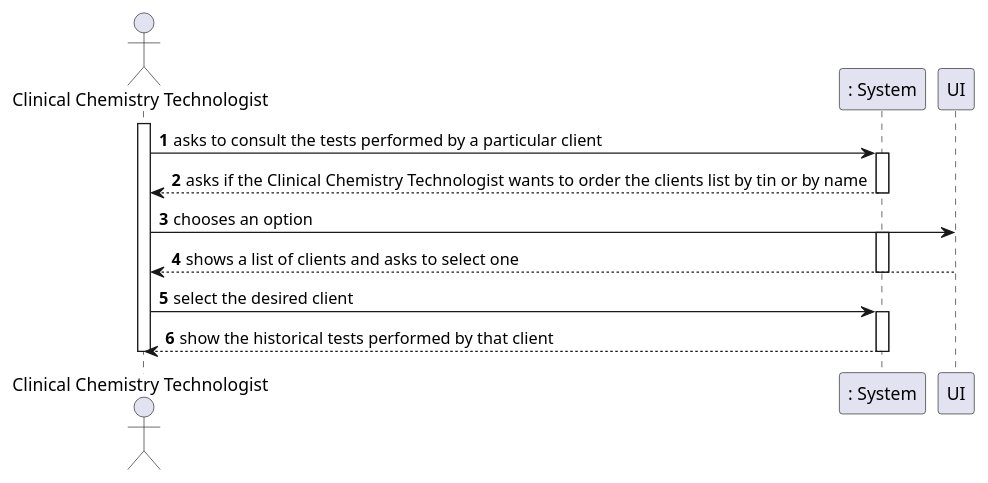
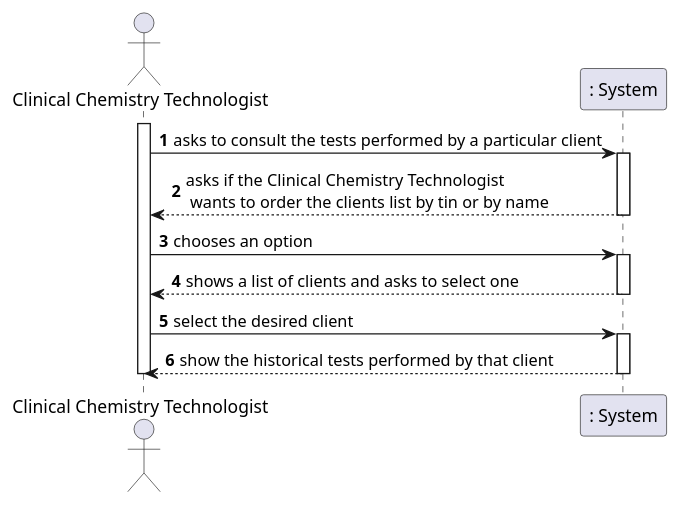
The diagram in docs/SprintD/US13/US13_SSD.puml (manu-07-ela/LAPR2_ISEP), drawn with PlantUML before and after one commit. The commit also changed 8 other files, not shown here.

```diff
--- a/docs/SprintD/US13/US13_SSD.puml
+++ b/docs/SprintD/US13/US13_SSD.puml
@@ -1,25 +1,25 @@
 @startuml
 'https://plantuml.com/sequence-diagram
 
 autonumber
 actor "Clinical Chemistry Technologist" as CCT
 participant ": System" as SYSTEM
 
 activate CCT
 CCT -> SYSTEM : asks to consult the tests performed by a particular client
 activate SYSTEM
-SYSTEM --> CCT : asks if the Clinical Chemistry Technologist wants to order the clients list by tin or by name
+SYSTEM --> CCT : asks if the Clinical Chemistry Technologist\n wants to order the clients list by tin or by name
 deactivate SYSTEM
-CCT -> UI : chooses an option
+CCT -> SYSTEM : chooses an option
 activate SYSTEM
-UI --> CCT : shows a list of clients and asks to select one
+ SYSTEM--> CCT : shows a list of clients and asks to select one
 deactivate SYSTEM
 CCT -> SYSTEM : select the desired client
 activate SYSTEM
 SYSTEM --> CCT : show the historical tests performed by that client
 deactivate SYSTEM
 
 
 
 deactivate CCT
 @enduml
```
